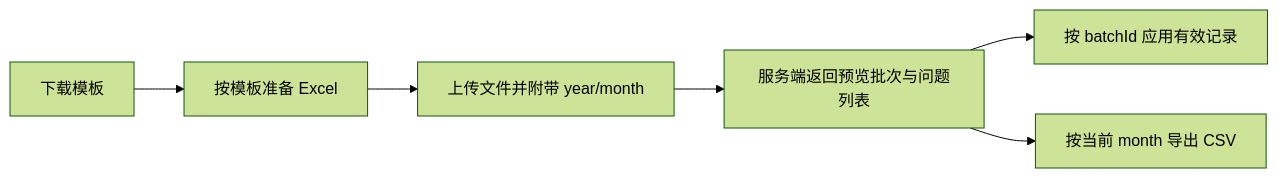
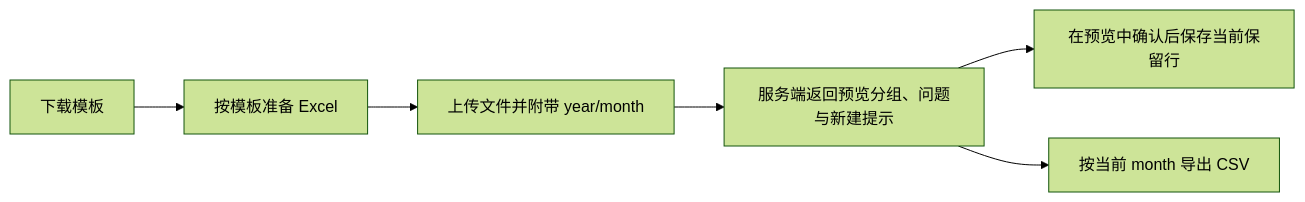
The diagram in .specs/workspace/pages/import-export.md (yachi666/support-roster-ui), drawn with Mermaid (forest theme) before and after one commit. The commit also changed other lines of this file and 18 other files, not shown here.

````diff
--- a/.specs/workspace/pages/import-export.md
+++ b/.specs/workspace/pages/import-export.md
@@ -20,8 +20,8 @@
 ```mermaid
 flowchart LR
     TEMPLATE[下载模板] --> FILL[按模板准备 Excel]
     FILL --> UPLOAD[上传文件并附带 year/month]
-    UPLOAD --> PREVIEW[服务端返回预览批次与问题列表]
-    PREVIEW --> APPLY[按 batchId 应用有效记录]
+    UPLOAD --> PREVIEW[服务端返回预览分组、问题与新建提示]
+    PREVIEW --> SAVE[在预览中确认后保存当前保留行]
     PREVIEW --> EXPORT[按当前 month 导出 CSV]
 ```
````
